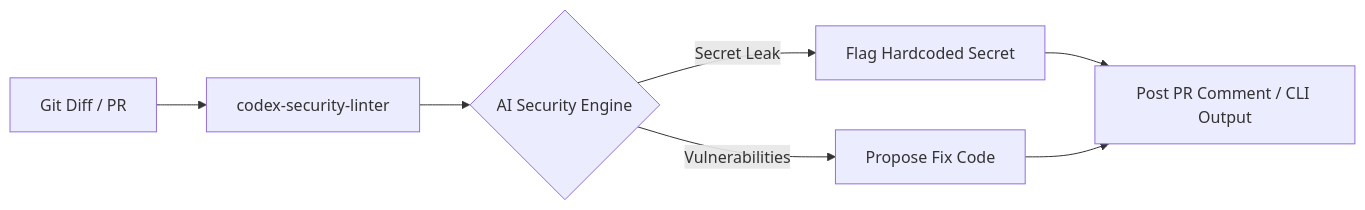
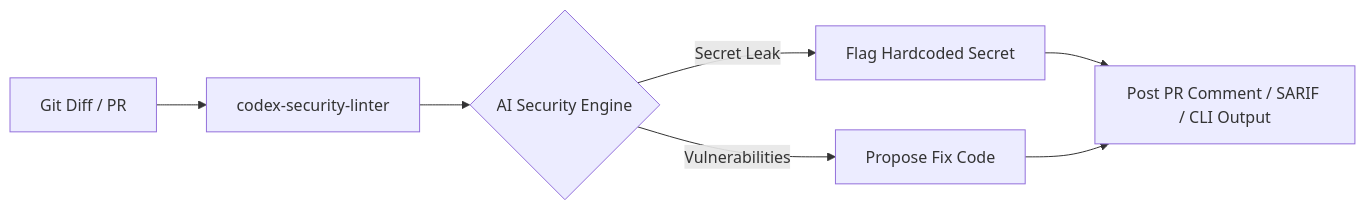
The diagram in README.md (knmt1219/codex-security-linter), drawn with Mermaid before and after one commit. The commit also changed other lines of this file and 4 other files, not shown here.

````diff
--- a/README.md
+++ b/README.md
@@ -14,8 +14,8 @@
 ```mermaid
 graph LR
     A[Git Diff / PR] --> B[codex-security-linter]
     B --> C{AI Security Engine}
     C -->|Secret Leak| D[Flag Hardcoded Secret]
     C -->|Vulnerabilities| E[Propose Fix Code]
-    D & E --> F[Post PR Comment / CLI Output]
+    D & E --> F[Post PR Comment / SARIF / CLI Output]
 ```
````
